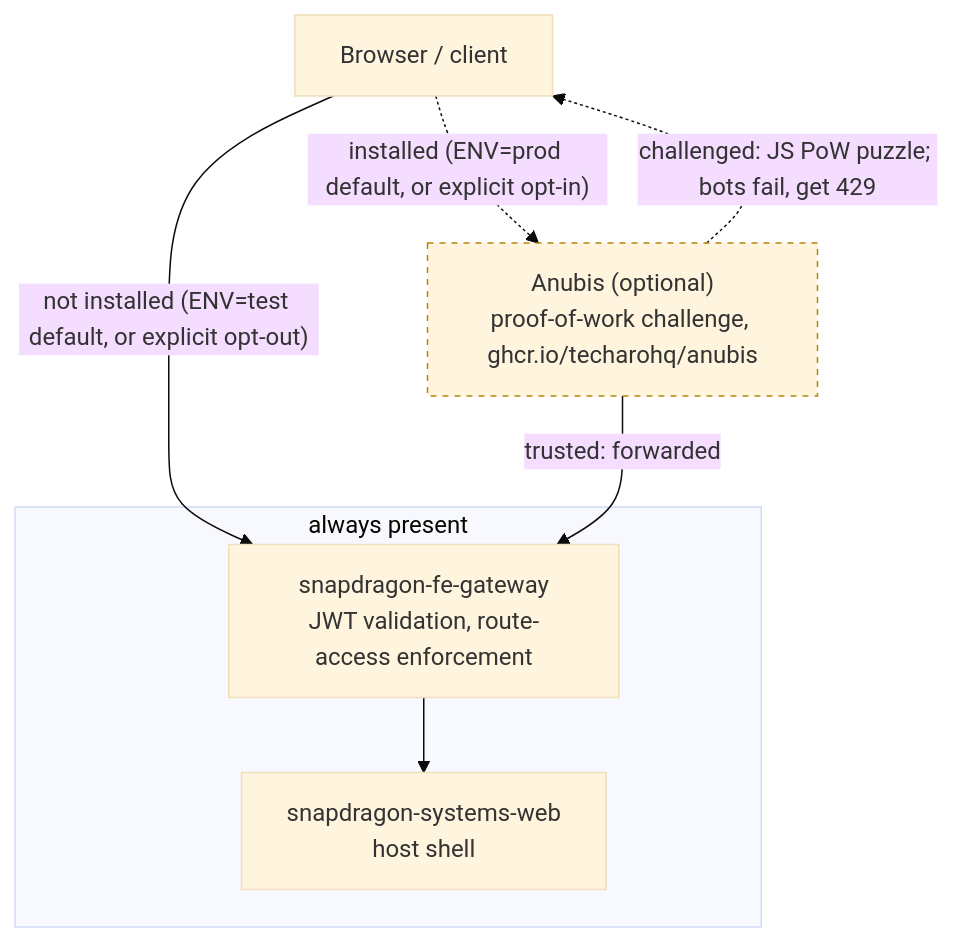
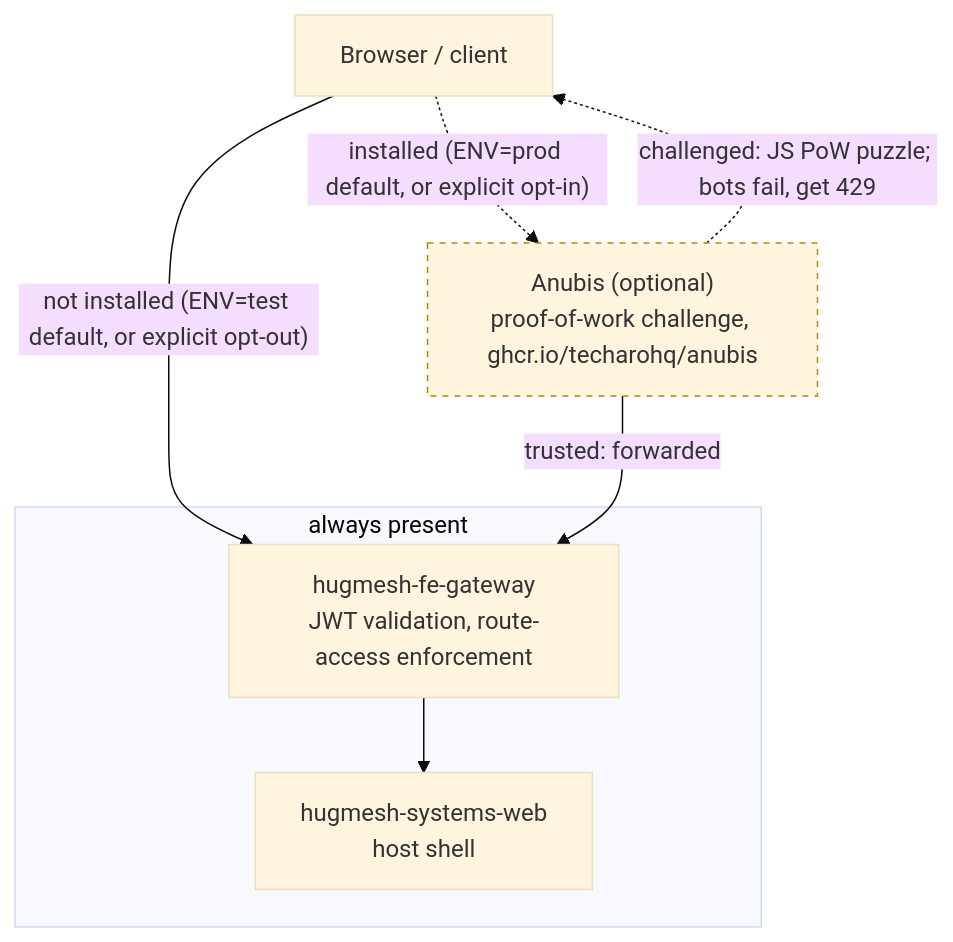
One commit to hugmesh/hugmesh-fe-gateway changed the third of 3 diagrams in README.md. Above: the diagram before and after it, drawn with Mermaid (base theme). The commit also changed other lines of this file and 4 other files, not shown here.

````diff
--- a/README.md
+++ b/README.md
@@ -388,21 +388,21 @@
 ```mermaid
 flowchart TD
     client["Browser / client"]
     anubis["Anubis (optional)<br/>proof-of-work challenge, ghcr.io/techarohq/anubis"]
-    feg["snapdragon-fe-gateway<br/>JWT validation, route-access enforcement"]
-    web["snapdragon-systems-web<br/>host shell"]
+    feg["hugmesh-fe-gateway<br/>JWT validation, route-access enforcement"]
+    web["hugmesh-systems-web<br/>host shell"]
 
     client -.->|"installed (ENV=prod default, or explicit opt-in)"| anubis
     client -->|"not installed (ENV=test default, or explicit opt-out)"| feg
     anubis -->|"trusted: forwarded"| feg
     anubis -.->|"challenged: JS PoW puzzle; bots fail, get 429"| client
     feg --> web
 
     subgraph shipped["always present"]
         feg
         web
     end
 
     classDef optional stroke-dasharray:4,stroke:#b8860b
     class anubis optional
 ```
````
